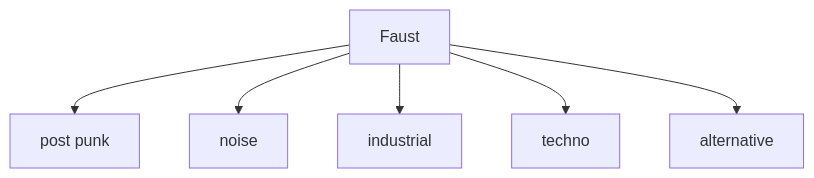
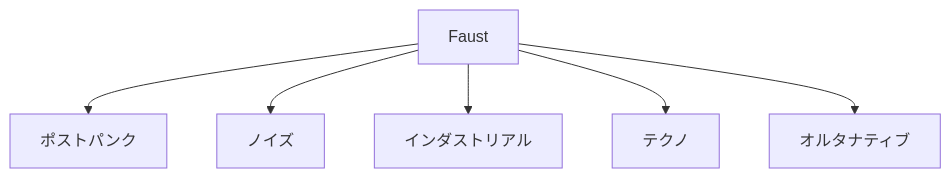
Before and after one commit to monumental-movement/monumental-movement.github.io: the sixth of 6 diagrams in en/_posts/2026-05-24-column-faust.md, drawn with Mermaid. The commit also changed other lines of this file and 2196 other files, not shown here.

```diff
--- a/en/_posts/2026-05-24-column-faust.md
+++ b/en/_posts/2026-05-24-column-faust.md
@@ -352,8 +351,8 @@
 <div class="mermaid">
 graph TD
-A[Faust] --> B[post punk]
-A --> C[noise]
-A --> D[industrial]
-A --> E[techno]
-A --> F[alternative]
+A[Faust] --> B[ポストパンク]
+A --> C[ノイズ]
+A --> D[インダストリアル]
+A --> E[テクノ]
+A --> F[オルタナティブ]
 </div>
```
